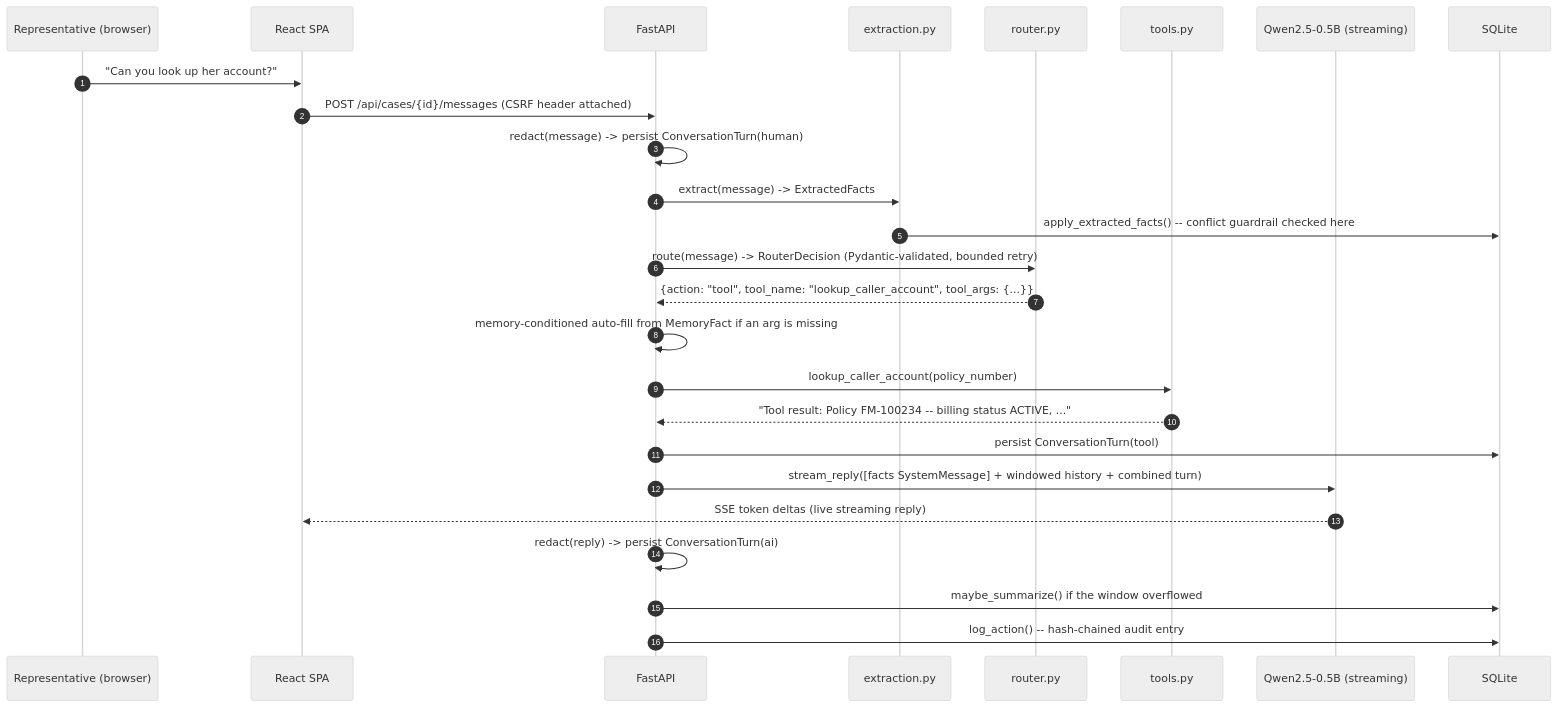
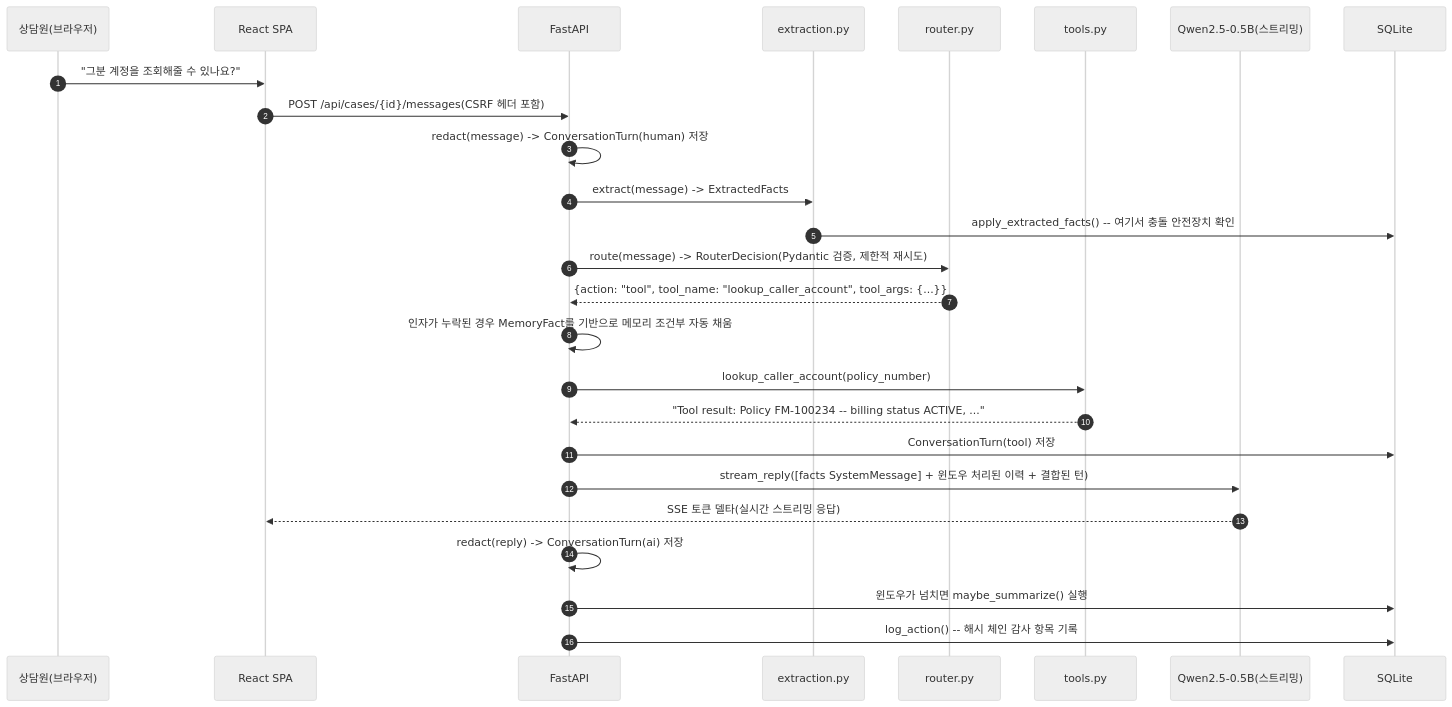
Before and after one commit to ShaunKim91/applied-ai-builds: the second of 3 diagrams in week6_1/PoC/projects/throughline/architecture.ko.md, drawn with Mermaid (neutral theme). The commit also changed other lines of this file and 80 other files, not shown here.

````diff
--- a/week6_1/PoC/projects/throughline/architecture.ko.md
+++ b/week6_1/PoC/projects/throughline/architecture.ko.md
@@ -147,29 +126,29 @@
 ```mermaid
 sequenceDiagram
     autonumber
-    participant U as Representative (browser)
+    participant U as 상담원(브라우저)
     participant FE as React SPA
     participant API as FastAPI
     participant EX as extraction.py
     participant RT as router.py
     participant T as tools.py
-    participant LLM as Qwen2.5-0.5B (streaming)
+    participant LLM as Qwen2.5-0.5B(스트리밍)
     participant DB as SQLite
 
-    U->>FE: "Can you look up her account?"
-    FE->>API: POST /api/cases/{id}/messages (CSRF header attached)
-    API->>API: redact(message) -> persist ConversationTurn(human)
+    U->>FE: "그분 계정을 조회해줄 수 있나요?"
+    FE->>API: POST /api/cases/{id}/messages(CSRF 헤더 포함)
+    API->>API: redact(message) -> ConversationTurn(human) 저장
     API->>EX: extract(message) -> ExtractedFacts
-    EX->>DB: apply_extracted_facts() -- conflict guardrail checked here
-    API->>RT: route(message) -> RouterDecision (Pydantic-validated, bounded retry)
+    EX->>DB: apply_extracted_facts() -- 여기서 충돌 안전장치 확인
+    API->>RT: route(message) -> RouterDecision(Pydantic 검증, 제한적 재시도)
     RT-->>API: {action: "tool", tool_name: "lookup_caller_account", tool_args: {...}}
-    API->>API: memory-conditioned auto-fill from MemoryFact if an arg is missing
+    API->>API: 인자가 누락된 경우 MemoryFact를 기반으로 메모리 조건부 자동 채움
     API->>T: lookup_caller_account(policy_number)
     T-->>API: "Tool result: Policy FM-100234 -- billing status ACTIVE, ..."
-    API->>DB: persist ConversationTurn(tool)
-    API->>LLM: stream_reply([facts SystemMessage] + windowed history + combined turn)
-    LLM-->>FE: SSE token deltas (live streaming reply)
-    API->>API: redact(reply) -> persist ConversationTurn(ai)
-    API->>DB: maybe_summarize() if the window overflowed
-    API->>DB: log_action() -- hash-chained audit entry
+    API->>DB: ConversationTurn(tool) 저장
+    API->>LLM: stream_reply([facts SystemMessage] + 윈도우 처리된 이력 + 결합된 턴)
+    LLM-->>FE: SSE 토큰 델타(실시간 스트리밍 응답)
+    API->>API: redact(reply) -> ConversationTurn(ai) 저장
+    API->>DB: 윈도우가 넘치면 maybe_summarize() 실행
+    API->>DB: log_action() -- 해시 체인 감사 항목 기록
 ```
````
